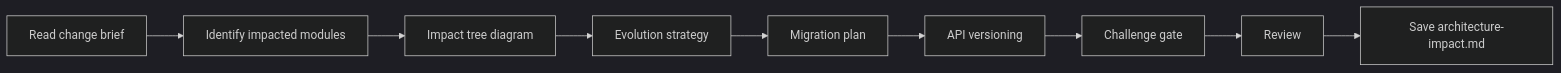
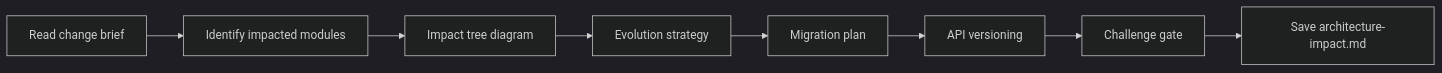
Before and after one commit to ai-driven-dev/framework: the diagram in skills/architecture-impact/SKILL.md, drawn with Mermaid (dark theme). The commit also changed other lines of this file and 32 other files, not shown here.

First line of the commit message:
refactor: simplify agents, enforce template adherence, align flows with courses

````diff
--- a/skills/architecture-impact/SKILL.md
+++ b/skills/architecture-impact/SKILL.md
@@ -31,4 +31,4 @@
 ```mermaid
 flowchart LR
-    A[Read change brief] --> B[Identify impacted modules] --> C[Impact tree diagram] --> D[Evolution strategy] --> E[Migration plan] --> F[API versioning] --> G[Challenge gate] --> H[Review] --> I[Save architecture-impact.md]
+    A[Read change brief] --> B[Identify impacted modules] --> C[Impact tree diagram] --> D[Evolution strategy] --> E[Migration plan] --> F[API versioning] --> G[Challenge gate] --> H[Save architecture-impact.md]
 ```
````
